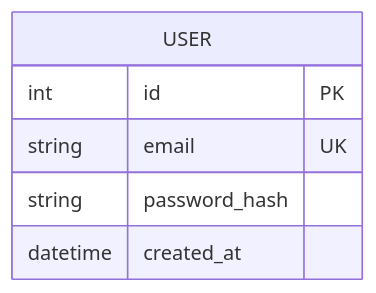
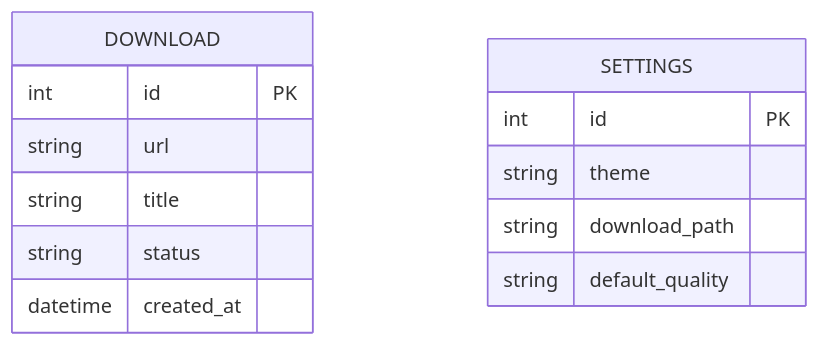
The fourth of 7 diagrams in vibe_coding_timeline.md (ustudiopd/vibe_coding), drawn with Mermaid before and after one commit. The commit also changed other lines of this file, not shown here.

````diff
--- a/vibe_coding_timeline.md
+++ b/vibe_coding_timeline.md
@@ -61,9 +69,16 @@
 ```mermaid
 erDiagram
-    USER {
+    DOWNLOAD {
         int id PK
-        string email UK
-        string password_hash
+        string url
+        string title
+        string status
         datetime created_at
     }
+    SETTINGS {
+        int id PK
+        string theme
+        string download_path
+        string default_quality
+    }
 ```
````
